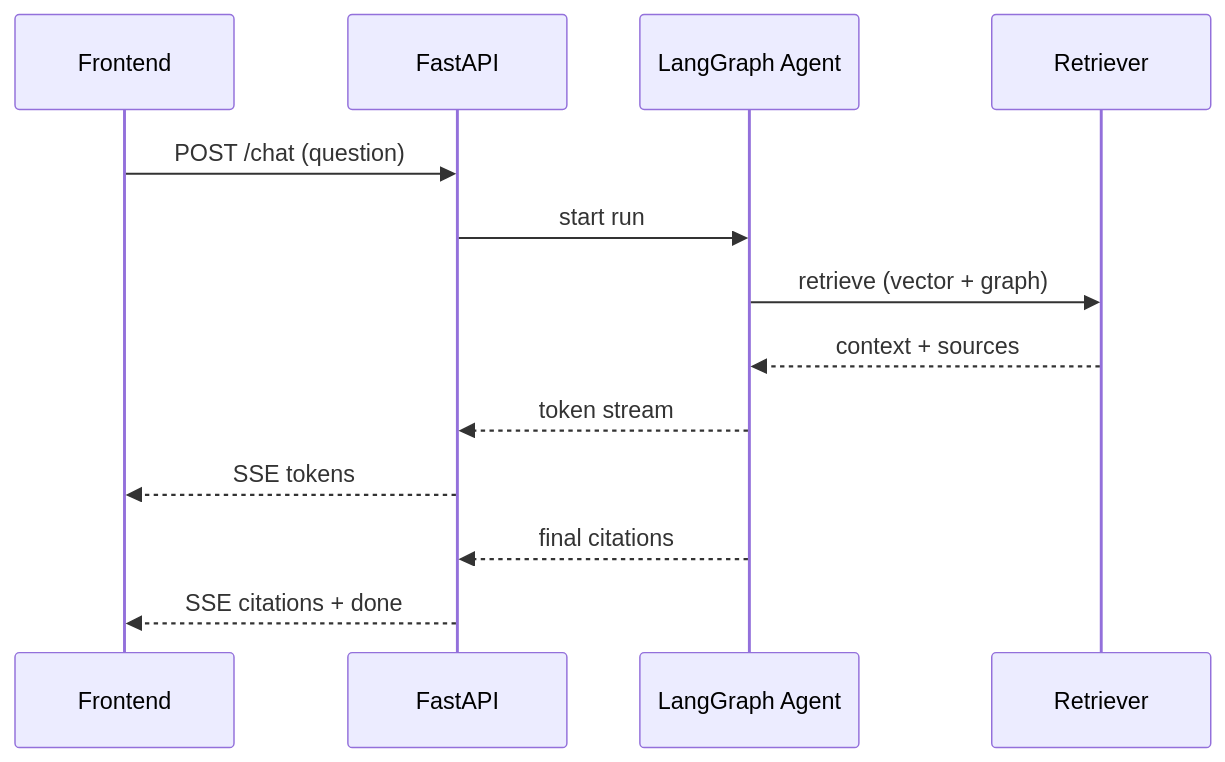
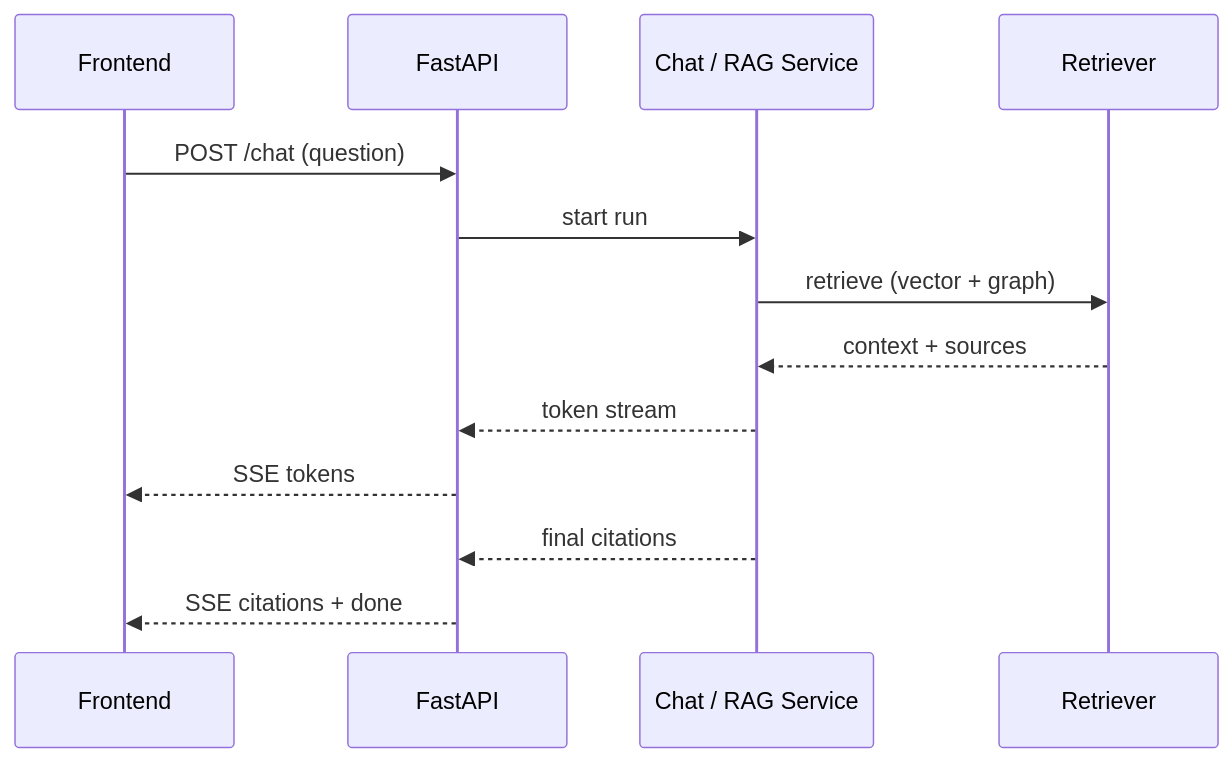
One commit to pratapVansh/TRACE changed the fourth of 10 diagrams in docs/03_SYSTEM_ARCHITECTURE.md. Above: the diagram before and after it, drawn with Mermaid. The commit also changed other lines of this file and 60 other files, not shown here.

````diff
--- a/docs/03_SYSTEM_ARCHITECTURE.md
+++ b/docs/03_SYSTEM_ARCHITECTURE.md
@@ -213,15 +219,15 @@
 ```mermaid
 sequenceDiagram
     participant FE as Frontend
     participant API as FastAPI
-    participant AG as LangGraph Agent
+    participant AG as Chat / RAG Service
     participant RT as Retriever
     FE->>API: POST /chat (question)
     API->>AG: start run
     AG->>RT: retrieve (vector + graph)
     RT-->>AG: context + sources
     AG-->>API: token stream
     API-->>FE: SSE tokens
     AG-->>API: final citations
     API-->>FE: SSE citations + done
 ```
````
